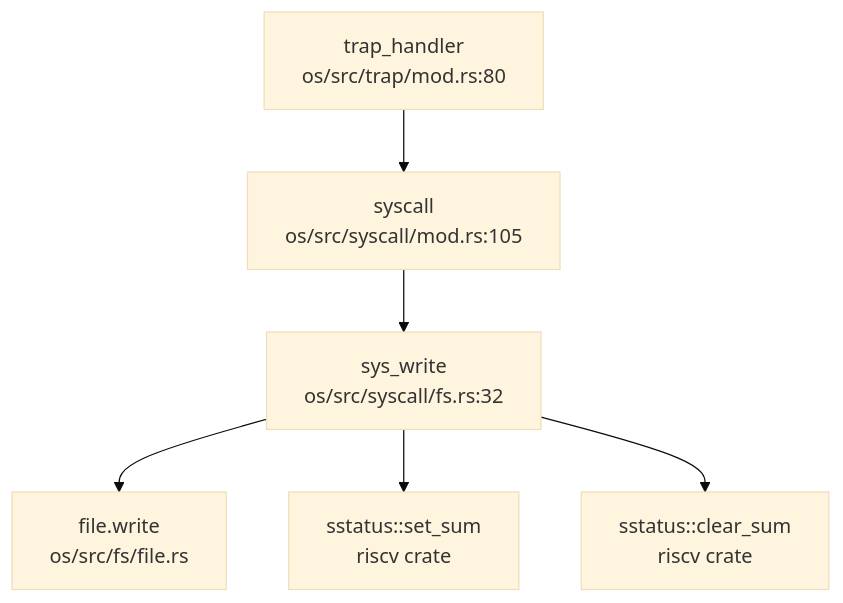
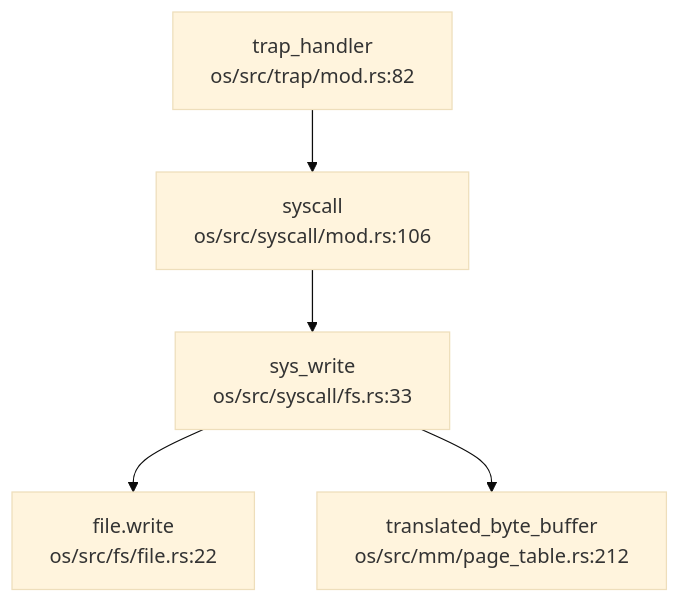
The diagram in output/oskernel2024-chaos/sections/05_中断异常与系统调用.md (Freefor100/OS-Agent), drawn with Mermaid (base theme) before and after one commit. The commit also changed other lines of this file and 118 other files, not shown here.

````diff
--- a/output/oskernel2024-chaos/sections/05_中断异常与系统调用.md
+++ b/output/oskernel2024-chaos/sections/05_中断异常与系统调用.md
@@ -182,14 +131,7 @@
 ```mermaid
 graph TD
-    A["trap_handler
-os/src/trap/mod.rs:80"] --> B["syscall
-os/src/syscall/mod.rs:105"]
-    B --> C["sys_write
-os/src/syscall/fs.rs:32"]
-    C --> D["file.write
-os/src/fs/file.rs"]
-    C --> E["sstatus::set_sum
-riscv crate"]
-    C --> F["sstatus::clear_sum
-riscv crate"]
+    A["trap_handler\nos/src/trap/mod.rs:82"] --> B["syscall\nos/src/syscall/mod.rs:106"]
+    B --> C["sys_write\nos/src/syscall/fs.rs:33"]
+    C --> D["file.write\nos/src/fs/file.rs:22"]
+    C --> E["translated_byte_buffer\nos/src/mm/page_table.rs:212"]
 ```
````
